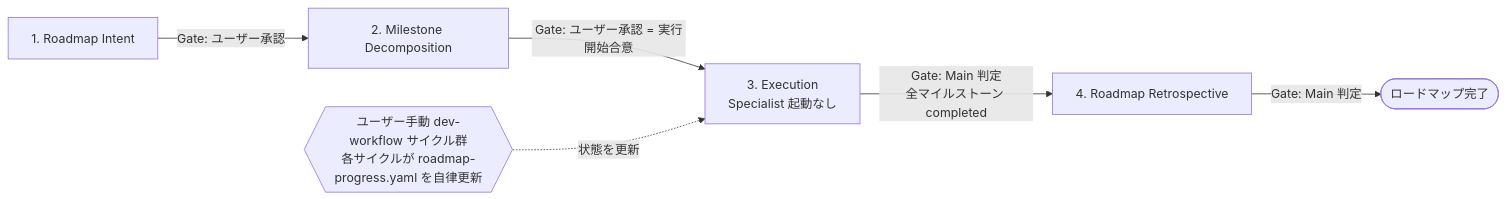
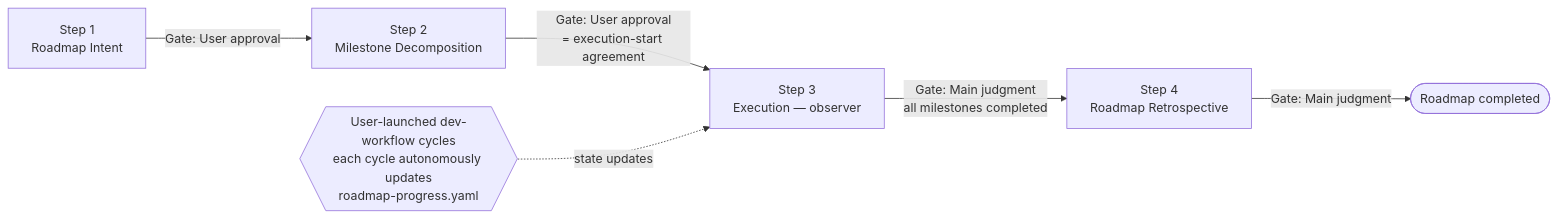
The first of 2 diagrams in plugins/dev-workflow/skills/dev-roadmap/SKILL.md (totto2727-org/monorepo), drawn with Mermaid before and after one commit. The commit also changed other lines of this file and 13 other files, not shown here.

````diff
--- a/plugins/dev-workflow/skills/dev-roadmap/SKILL.md
+++ b/plugins/dev-workflow/skills/dev-roadmap/SKILL.md
@@ -86,15 +103,15 @@
 ```mermaid
 graph LR
-    S1[1. Roadmap Intent]
-    S2[2. Milestone Decomposition]
-    S3[3. Execution<br/>Specialist 起動なし]
-    S4[4. Roadmap Retrospective]
-    DONE([ロードマップ完了])
-    DW{{ユーザー手動 dev-workflow サイクル群<br/>各サイクルが roadmap-progress.yaml を自律更新}}
+    S1[Step 1<br/>Roadmap Intent]
+    S2[Step 2<br/>Milestone Decomposition]
+    S3[Step 3<br/>Execution &mdash; observer]
+    S4[Step 4<br/>Roadmap Retrospective]
+    DONE([Roadmap completed])
+    DW{{User-launched dev-workflow cycles<br/>each cycle autonomously updates<br/>roadmap-progress.yaml}}
 
-    S1 -->|Gate: ユーザー承認| S2
-    S2 -->|Gate: ユーザー承認 = 実行開始合意| S3
-    S3 -->|Gate: Main 判定<br/>全マイルストーン completed| S4
-    S4 -->|Gate: Main 判定| DONE
-    DW -.->|状態を更新| S3
+    S1 -->|Gate: User approval| S2
+    S2 -->|Gate: User approval<br/>= execution-start agreement| S3
+    S3 -->|Gate: Main judgment<br/>all milestones completed| S4
+    S4 -->|Gate: Main judgment| DONE
+    DW -.->|state updates| S3
 ```
````
